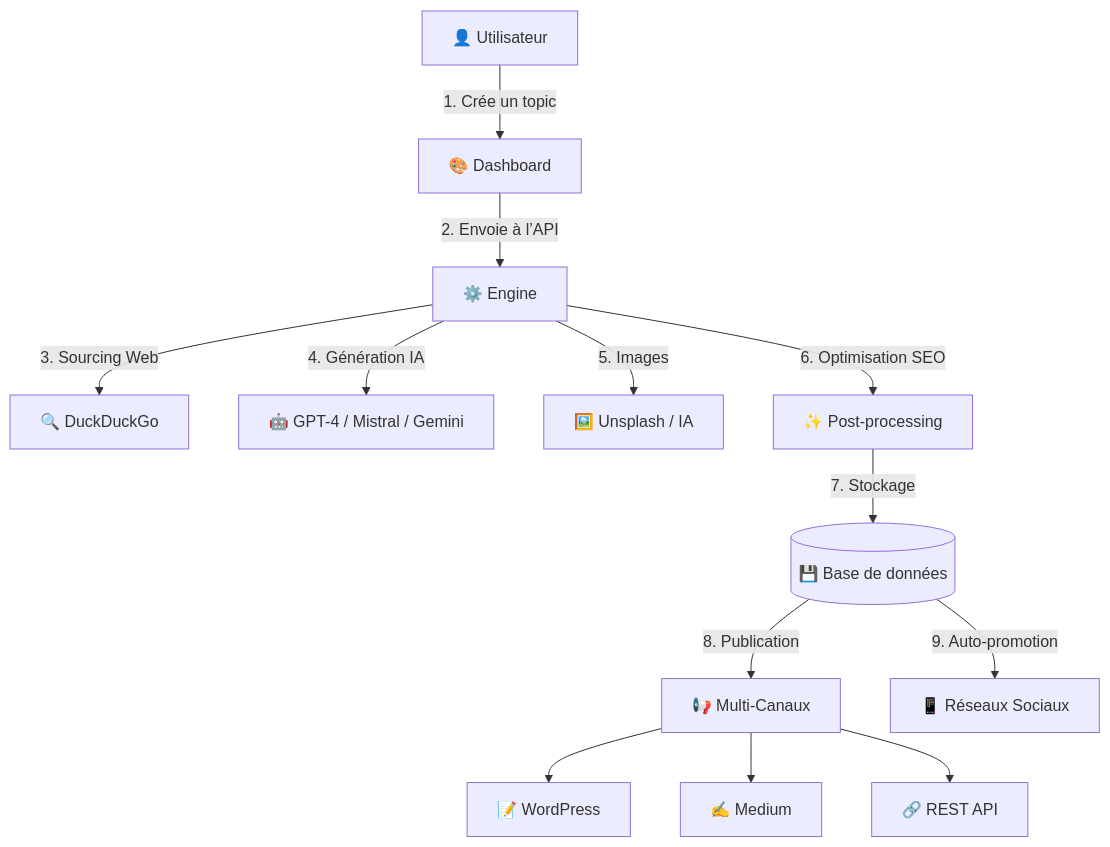
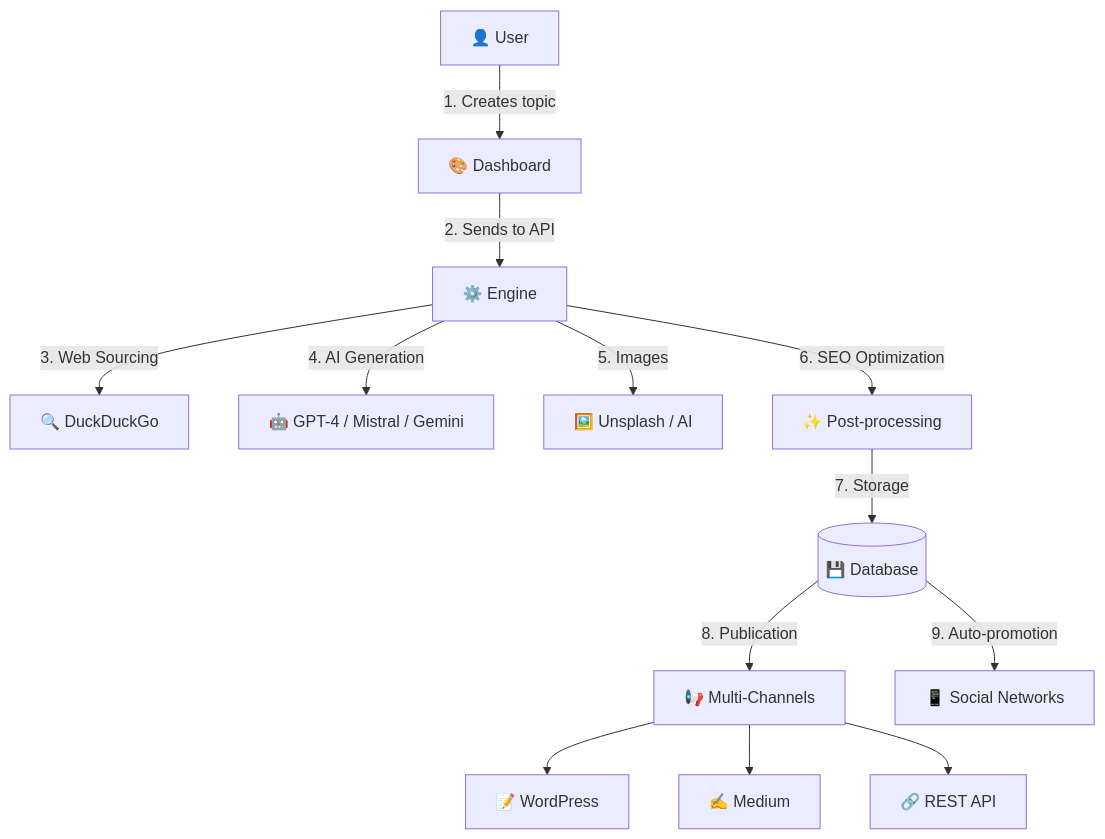
The diagram in README.md (Puma35/artical_public), drawn with Mermaid before and after one commit. The commit also changed other lines of this file, not shown here.

````diff
--- a/README.md
+++ b/README.md
@@ -116,15 +115,15 @@
 ```mermaid
 graph TD
-    A[👤 Utilisateur] -->|1. Crée un topic| B[🎨 Dashboard]
-    B -->|2. Envoie à l’API| C[⚙️ Engine]
-    C -->|3. Sourcing Web| D[🔍 DuckDuckGo]
-    C -->|4. Génération IA| E[🤖 GPT-4 / Mistral / Gemini]
-    C -->|5. Images| F[🖼️ Unsplash / IA]
-    C -->|6. Optimisation SEO| G[✨ Post-processing]
-    G -->|7. Stockage| H[(💾 Base de données)]
-    H -->|8. Publication| I[📢 Multi-Canaux]
+    A[👤 User] -->|1. Creates topic| B[🎨 Dashboard]
+    B -->|2. Sends to API| C[⚙️ Engine]
+    C -->|3. Web Sourcing| D[🔍 DuckDuckGo]
+    C -->|4. AI Generation| E[🤖 GPT-4 / Mistral / Gemini]
+    C -->|5. Images| F[🖼️ Unsplash / AI]
+    C -->|6. SEO Optimization| G[✨ Post-processing]
+    G -->|7. Storage| H[(💾 Database)]
+    H -->|8. Publication| I[📢 Multi-Channels]
     I --> J[📝 WordPress]
     I --> K[✍️ Medium]
     I --> L[🔗 REST API]
-    H -->|9. Auto-promotion| M[📱 Réseaux Sociaux]
+    H -->|9. Auto-promotion| M[📱 Social Networks]
 ```
````
